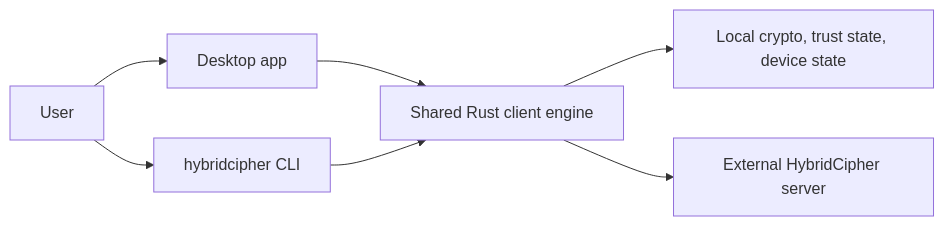
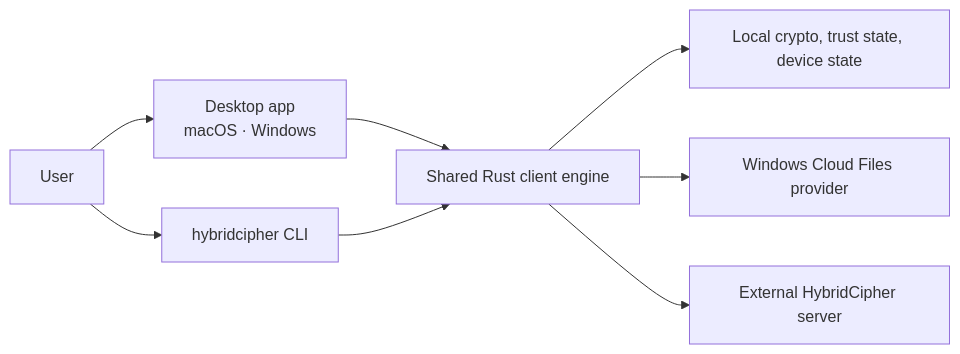
Before and after one commit to hcipherdev/hybridcipher-public: the second of 2 diagrams in README.md, drawn with Mermaid. The commit also changed other lines of this file and 40 other files, not shown here.

First line of the commit message:
Add Windows desktop support and improve macOS File Provider reliability

````diff
--- a/README.md
+++ b/README.md
@@ -58,9 +62,10 @@
 ```mermaid
 flowchart LR
-    User["User"] --> Desktop["Desktop app"]
+    User["User"] --> Desktop["Desktop app<br/>macOS · Windows"]
     User --> CLI["hybridcipher CLI"]
     Desktop --> Client["Shared Rust client engine"]
     CLI --> Client
     Client --> Local["Local crypto, trust state, device state"]
+    Client --> CloudFiles["Windows Cloud Files provider"]
     Client --> Server["External HybridCipher server"]
 ```
````
